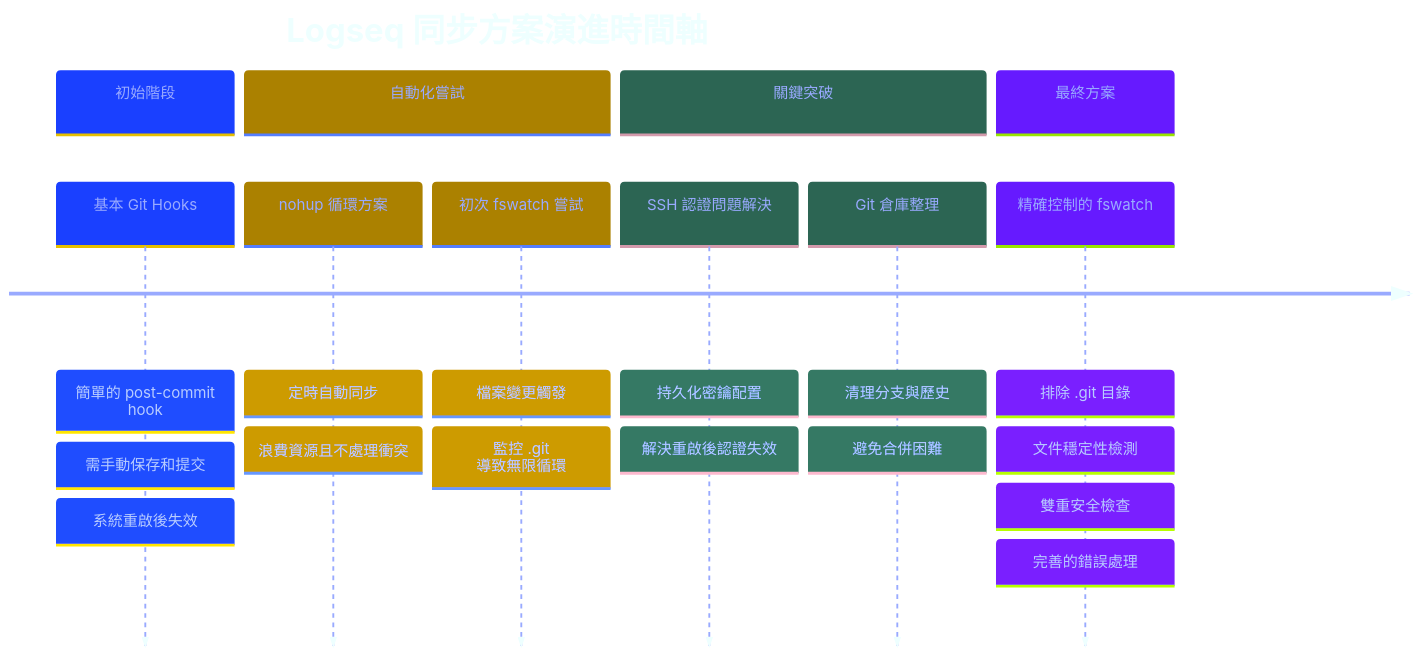
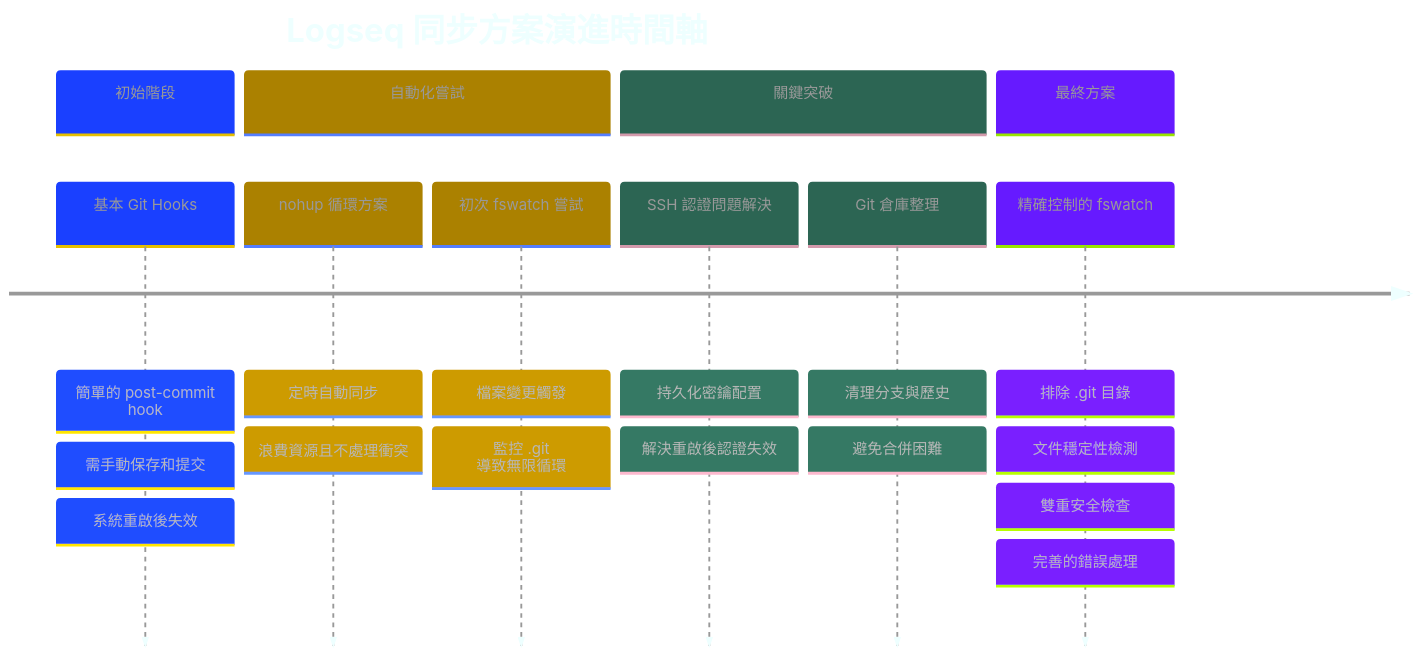
The first of 2 diagrams in Logseq同步方案演進記錄.md (GengGeng026/Sync-Logseq), drawn with Mermaid before and after one commit.

Commit message:
Auto-sync: Wed Mar 26 09:19:05 +08 2025

````diff
--- a/Logseq同步方案演進記錄.md
+++ b/Logseq同步方案演進記錄.md
@@ -24,44 +24,44 @@
 ```mermaid
 %%{init: {
   'theme': 'base', 
   'themeVariables': {
     'primaryColor': '#99AAFF',
     'secondaryColor': '#FFCB2B',
     'tertiaryColor': '#59B79A',
-    'primaryTextColor': '#99AAFF',
+    'primaryTextColor': '#999999',
     'primaryBorderColor': '#59B79A',
     'lineColor': '#C792EA',
     'background': 'transparent',
     'textColor': '#EEFFFF',
     'nodeBorder': '#59B79A',
     'clusterBkg': 'transparent',
     'titleColor': '#EEFFFF',
     'sectionBkgColor': '#273747',
     'sectionBkgColor2': '#334455',
     'sectionBkgColor3': '#3A4A5A',
     'sectionBkgColor4': '#42546A',
     'sectionBkgColor5': '#4B5E78'
   }
 }}%%
 timeline
     title Logseq 同步方案演進時間軸
     section 初始階段
         基本 Git Hooks : 簡單的 post-commit hook
         : 需手動保存和提交
         : 系統重啟後失效
     section 自動化嘗試
         nohup 循環方案 : 定時自動同步
         : 浪費資源且不處理衝突
         初次 fswatch 嘗試 : 檔案變更觸發
         : 監控 .git 導致無限循環
     section 關鍵突破
         SSH 認證問題解決 : 持久化密鑰配置
         : 解決重啟後認證失效
         Git 倉庫整理 : 清理分支與歷史
         : 避免合併困難
     section 最終方案
         精確控制的 fswatch : 排除 .git 目錄
         : 文件穩定性檢測
         : 雙重安全檢查
         : 完善的錯誤處理
 ```
````
